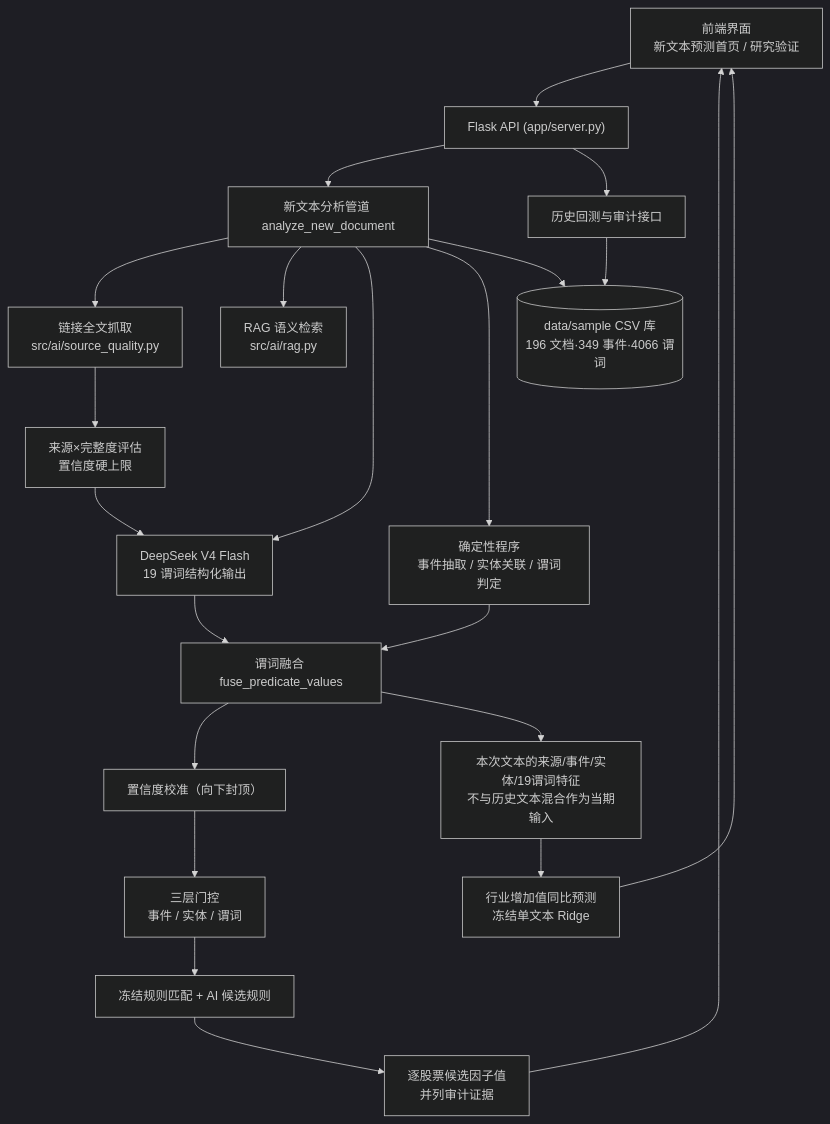
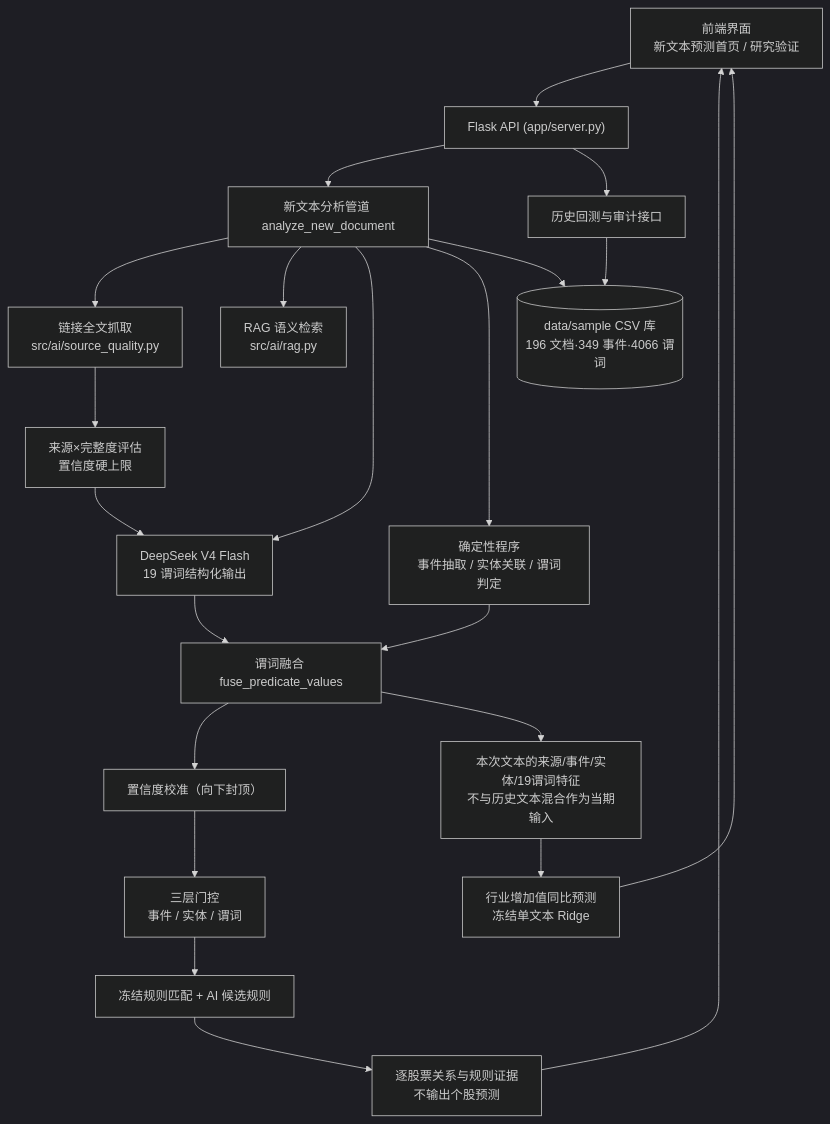
Before and after one commit to chiiiiiiing/Gonghangbei: the diagram in README.md, drawn with Mermaid (dark theme). The commit also changed other lines of this file and 17 other files, not shown here.

````diff
--- a/README.md
+++ b/README.md
@@ -66,27 +66,27 @@
 ```mermaid
 flowchart TD
     UI["前端界面<br/>新文本预测首页 / 研究验证"] --> API["Flask API (app/server.py)"]
     API --> LIVE["新文本分析管道 analyze_new_document"]
     API --> HIST["历史回测与审计接口"]
 
     LIVE --> FETCH["链接全文抓取<br/>src/ai/source_quality.py"]
     LIVE --> RAG["RAG 语义检索<br/>src/ai/rag.py"]
     LIVE --> AI["DeepSeek V4 Flash<br/>19 谓词结构化输出"]
     LIVE --> DET["确定性程序<br/>事件抽取 / 实体关联 / 谓词判定"]
 
     FETCH --> QUALITY["来源×完整度评估<br/>置信度硬上限"]
     QUALITY --> AI
     AI --> FUSE["谓词融合 fuse_predicate_values"]
     DET --> FUSE
     FUSE --> CAL["置信度校准（向下封顶）"]
     CAL --> GATE["三层门控<br/>事件 / 实体 / 谓词"]
     GATE --> RULE["冻结规则匹配 + AI 候选规则"]
-    RULE --> FACTOR["逐股票候选因子值<br/>并列审计证据"]
+    RULE --> EVIDENCE["逐股票关系与规则证据<br/>不输出个股预测"]
     FUSE --> SINGLE["本次文本的来源/事件/实体/19谓词特征<br/>不与历史文本混合作为当期输入"]
     SINGLE --> PREDICT["行业增加值同比预测<br/>冻结单文本 Ridge"]
 
     LIVE --> CSV[("data/sample CSV 库<br/>196 文档·349 事件·4066 谓词")]
     HIST --> CSV
-    FACTOR --> UI
+    EVIDENCE --> UI
     PREDICT --> UI
 ```
````
